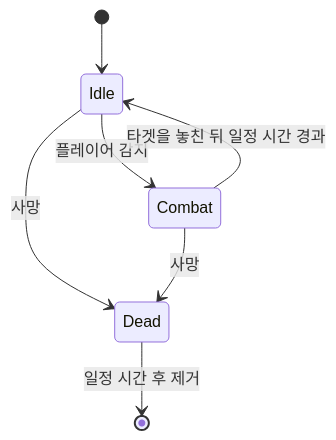
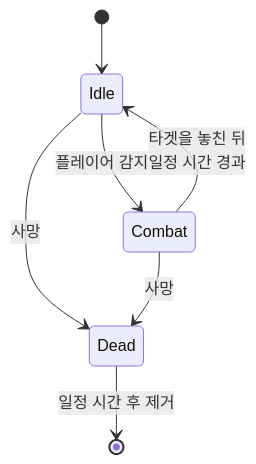
The fourth of 9 diagrams in README.md (gesua/PanzerCity_scripts), drawn with Mermaid before and after one commit. The commit also changed other lines of this file, not shown here.

````diff
--- a/README.md
+++ b/README.md
@@ -300,9 +300,9 @@
 ```mermaid
 stateDiagram-v2
     [*] --> Idle
     Idle --> Combat : 플레이어 감지
-    Combat --> Idle : 타겟을 놓친 뒤 일정 시간 경과
+    Combat --> Idle : 타겟을 놓친 뒤<br>일정 시간 경과
     Idle --> Dead : 사망
     Combat --> Dead : 사망
     Dead --> [*] : 일정 시간 후 제거
 ```
````
